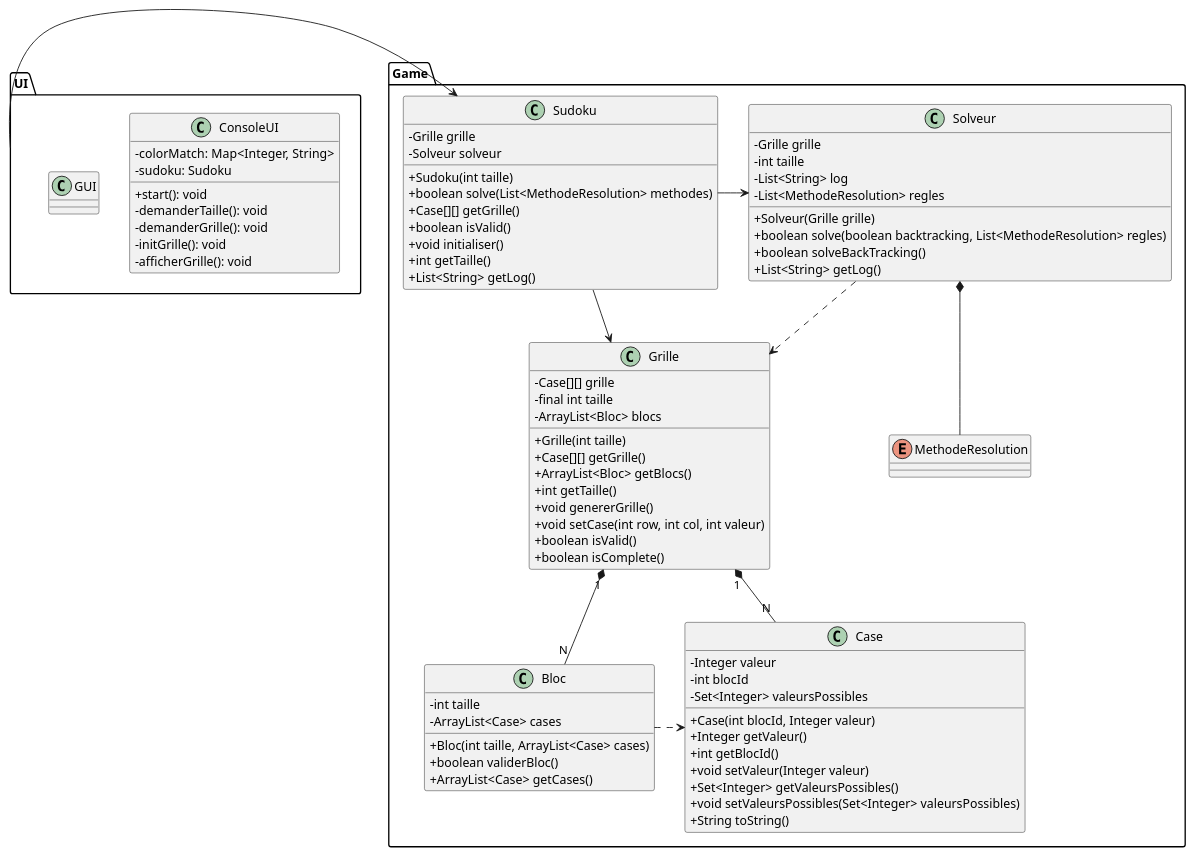
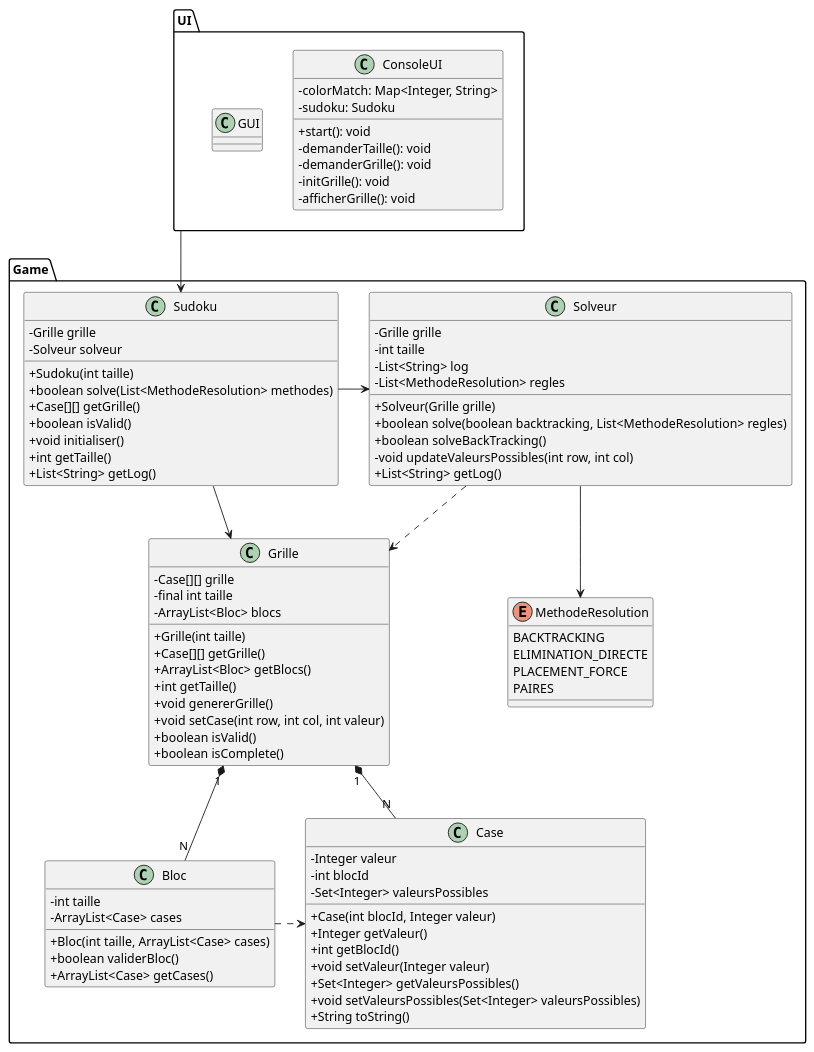
Before and after one commit to R0-M1/Sudoku: the diagram in doc/ClassDiagram.puml, drawn with PlantUML. The commit also changed 5 other files, not shown here.

Commit message:
ClassDiagram.puml & javadoc Case

```diff
--- a/doc/ClassDiagram.puml
+++ b/doc/ClassDiagram.puml
@@ -1,99 +1,104 @@
 @startuml
 'https://plantuml.com/class-diagram
 skinparam classAttributeIconSize 0
 
 package UI {
     class ConsoleUI {
         - colorMatch: Map<Integer, String>
         - sudoku: Sudoku
         + start(): void
         - demanderTaille(): void
         - demanderGrille(): void
         - initGrille(): void
         - afficherGrille(): void
     }
-    
+
     class GUI {
-        
+
     }
 }
 
-UI -> Game.Sudoku
+UI --> Game.Sudoku
 
 package Game {
     class Case {
         - Integer valeur
         - int blocId
         - Set<Integer> valeursPossibles
-        
+
         + Case(int blocId, Integer valeur)
         + Integer getValeur()
         + int getBlocId()
         + void setValeur(Integer valeur)
         + Set<Integer> getValeursPossibles()
         + void setValeursPossibles(Set<Integer> valeursPossibles)
         + String toString()
     }
 
     class Bloc {
         - int taille
         - ArrayList<Case> cases
 
         + Bloc(int taille, ArrayList<Case> cases)
         + boolean validerBloc()
         + ArrayList<Case> getCases()
     }
 
     class Grille {
         - Case[][] grille
         - final int taille
         - ArrayList<Bloc> blocs
-        
+
         + Grille(int taille)
         + Case[][] getGrille()
         + ArrayList<Bloc> getBlocs()
         + int getTaille()
         + void genererGrille()
         + void setCase(int row, int col, int valeur)
         + boolean isValid()
         + boolean isComplete()
     }
 
     class Sudoku {
         - Grille grille
         - Solveur solveur
 
         + Sudoku(int taille)
         + boolean solve(List<MethodeResolution> methodes)
         + Case[][] getGrille()
         + boolean isValid()
         + void initialiser()
         + int getTaille()
         + List<String> getLog()
     }
 
     class Solveur {
         - Grille grille
         - int taille
         - List<String> log
         - List<MethodeResolution> regles
 
         + Solveur(Grille grille)
         + boolean solve(boolean backtracking, List<MethodeResolution> regles)
         + boolean solveBackTracking()
+        - void updateValeursPossibles(int row, int col)
         + List<String> getLog()
     }
 
     enum MethodeResolution {
+        BACKTRACKING
+        ELIMINATION_DIRECTE
+        PLACEMENT_FORCE
+        PAIRES
     }
 
-  
+
     Grille "1" *-- "N" Case
     Grille "1" *-- "N" Bloc
     Bloc .> Case
     Sudoku -> Grille
     Sudoku -> Solveur
     Solveur ..>  Grille
-    Solveur *-- MethodeResolution
+    Solveur --> MethodeResolution
 }
 @enduml
```
